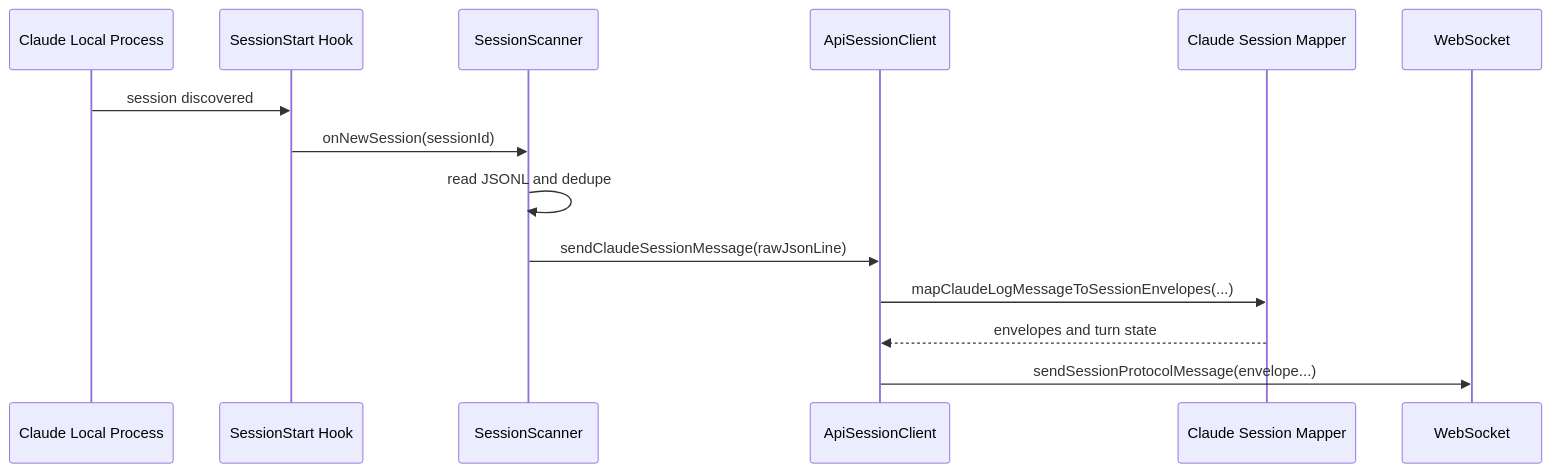
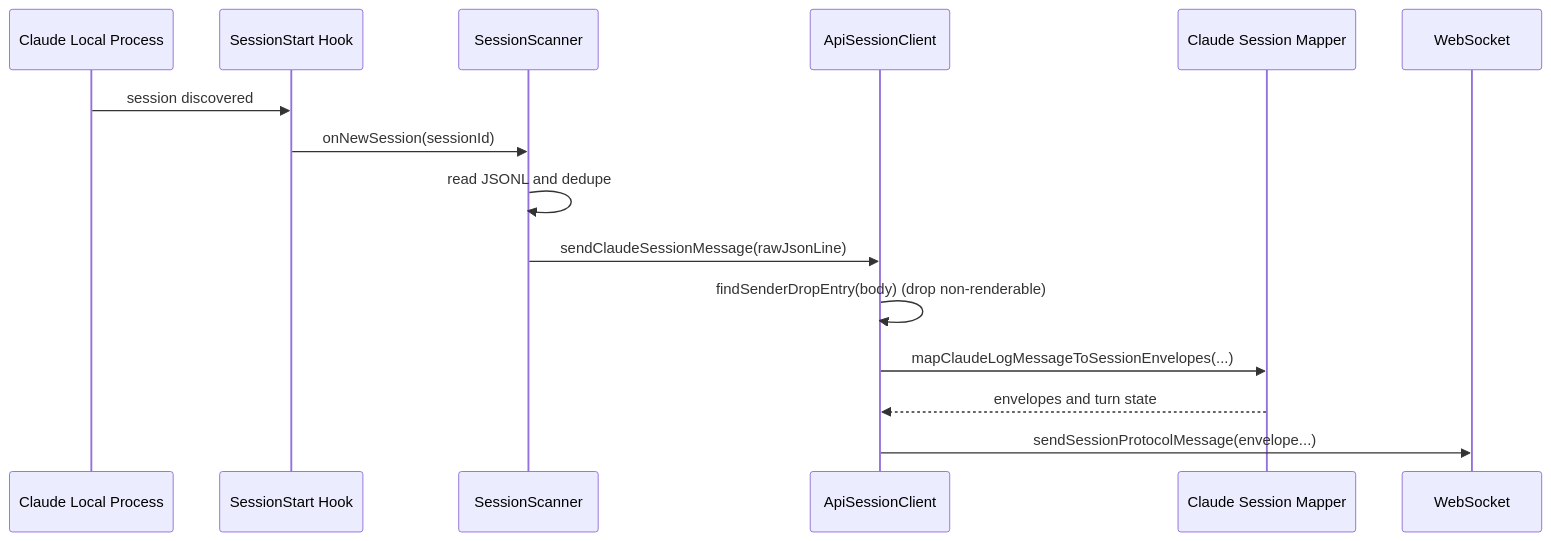
One commit to Evyatar108/happy changed the first of 5 diagrams in docs/session-protocol-claude.md. Above: the diagram before and after it, drawn with Mermaid. The commit also changed other lines of this file, not shown here.

First line of the commit message:
docs: update session-protocol-claude.md - document sender-side non-renderable drop in sendClaudeSessionMessage

````diff
--- a/docs/session-protocol-claude.md
+++ b/docs/session-protocol-claude.md
@@ -28,17 +30,18 @@
 ```mermaid
 sequenceDiagram
     participant Claude as Claude Local Process
     participant Hook as SessionStart Hook
     participant Scanner as SessionScanner
     participant API as ApiSessionClient
     participant Mapper as Claude Session Mapper
     participant WS as WebSocket
 
     Claude->>Hook: session discovered
     Hook->>Scanner: onNewSession(sessionId)
     Scanner->>Scanner: read JSONL and dedupe
     Scanner->>API: sendClaudeSessionMessage(rawJsonLine)
+    API->>API: findSenderDropEntry(body) (drop non-renderable)
     API->>Mapper: mapClaudeLogMessageToSessionEnvelopes(...)
     Mapper-->>API: envelopes and turn state
     API->>WS: sendSessionProtocolMessage(envelope...)
 ```
````
